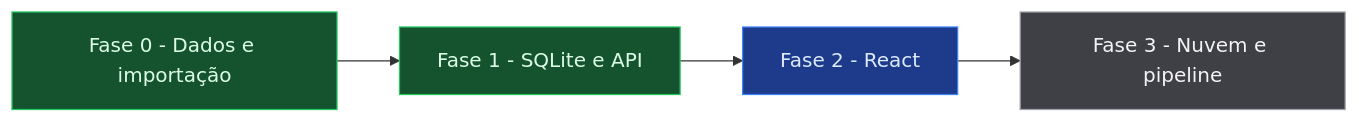
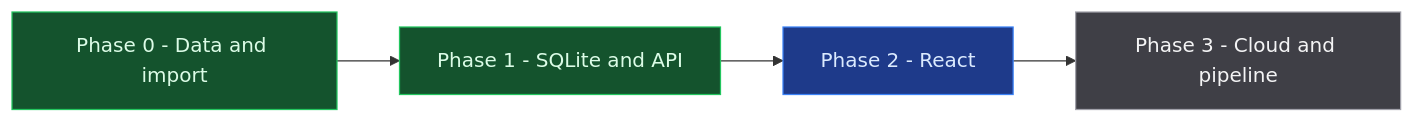
The diagram in docs/roadmap.md (HDias/job-search), drawn with Mermaid before and after one commit. The commit also changed other lines of this file and 29 other files, not shown here.

````diff
--- a/docs/roadmap.md
+++ b/docs/roadmap.md
@@ -5,13 +5,13 @@
 ```mermaid
 flowchart LR
-  F0["Fase 0 - Dados e importação"]:::done
-  F1["Fase 1 - SQLite e API"]:::done
-  F2["Fase 2 - React"]:::active
-  F3["Fase 3 - Nuvem e pipeline"]:::next
+  F0["Phase 0 - Data and import"]:::done
+  F1["Phase 1 - SQLite and API"]:::done
+  F2["Phase 2 - React"]:::active
+  F3["Phase 3 - Cloud and pipeline"]:::next
 
   F0 --> F1 --> F2 --> F3
 
   classDef done fill:#14532d,stroke:#22c55e,color:#dcfce7
   classDef active fill:#1e3a8a,stroke:#3b82f6,color:#dbeafe
   classDef next fill:#3f3f46,stroke:#a1a1aa,color:#f4f4f5
 ```
````
